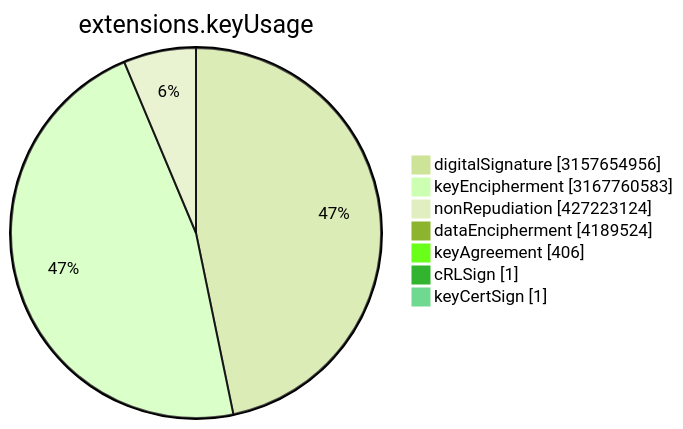
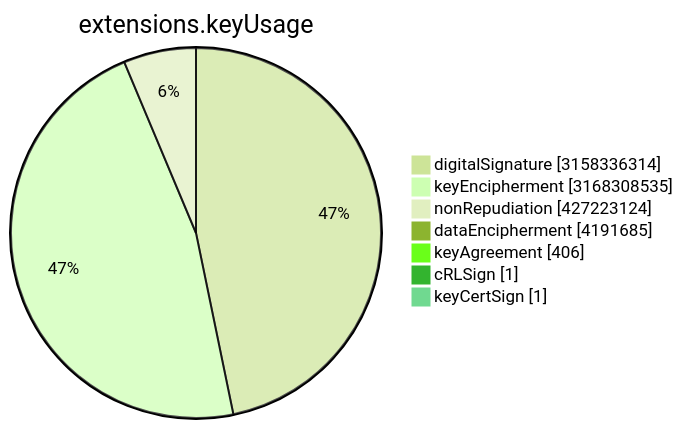
Before and after one commit to christiankrug/ctmonitor_visualization: the sixth of 15 diagrams in TOTAL/README.md, drawn with Mermaid (forest theme). The commit also changed other lines of this file, not shown here.

````diff
--- a/TOTAL/README.md
+++ b/TOTAL/README.md
@@ -3077,11 +3077,11 @@
 ```mermaid
 pie showData
 title extensions.keyUsage
-"digitalSignature" :3157654956
-"keyEncipherment" :3167760583
+"digitalSignature" :3158336314
+"keyEncipherment" :3168308535
 "nonRepudiation" :427223124
-"dataEncipherment" :4189524
+"dataEncipherment" :4191685
 "keyAgreement" :406
 "cRLSign" :1
 "keyCertSign" :1
 ```
````
